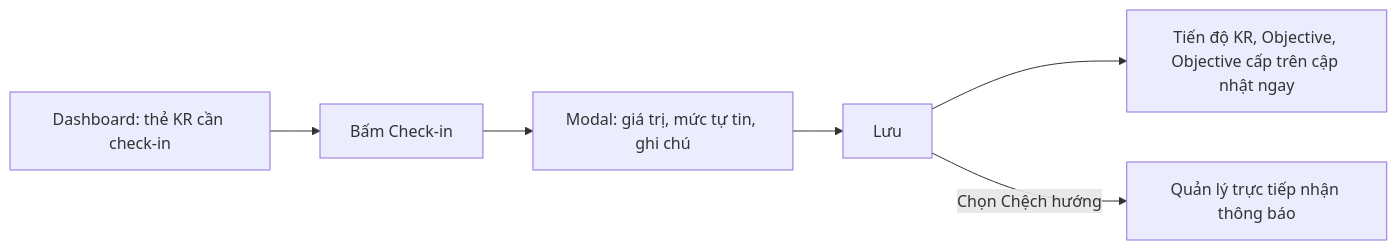
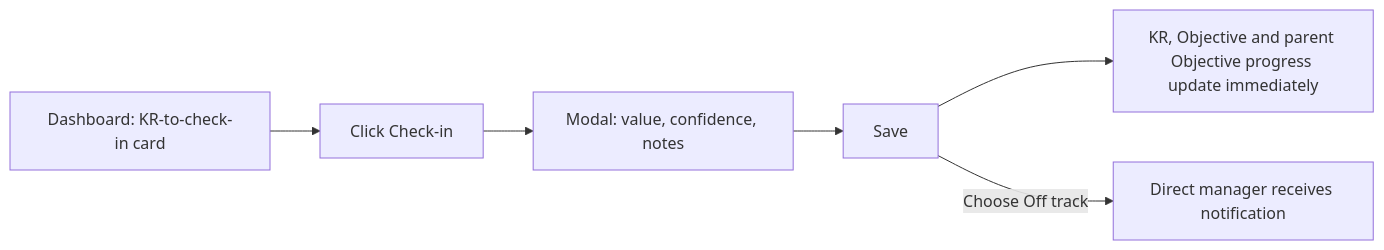
One commit to Akaza-ban/OCK-360 changed the third of 6 diagrams in docs/04-information-architecture.md. Above: the diagram before and after it, drawn with Mermaid. The commit also changed other lines of this file and 24 other files, not shown here.

````diff
--- a/docs/04-information-architecture.md
+++ b/docs/04-information-architecture.md
@@ -192,8 +192,8 @@
 ```mermaid
 flowchart LR
-    A["Dashboard: thẻ KR cần check-in"] --> B["Bấm Check-in"]
-    B --> C["Modal: giá trị, mức tự tin, ghi chú"]
-    C --> D["Lưu"]
-    D --> E["Tiến độ KR, Objective, Objective cấp trên cập nhật ngay"]
-    D -->|Chọn Chệch hướng| F["Quản lý trực tiếp nhận thông báo"]
+    A["Dashboard: KR-to-check-in card"] --> B["Click Check-in"]
+    B --> C["Modal: value, confidence, notes"]
+    C --> D["Save"]
+    D --> E["KR, Objective and parent Objective progress update immediately"]
+    D --> |Choose Off track| F["Direct manager receives notification"]
 ```
````
